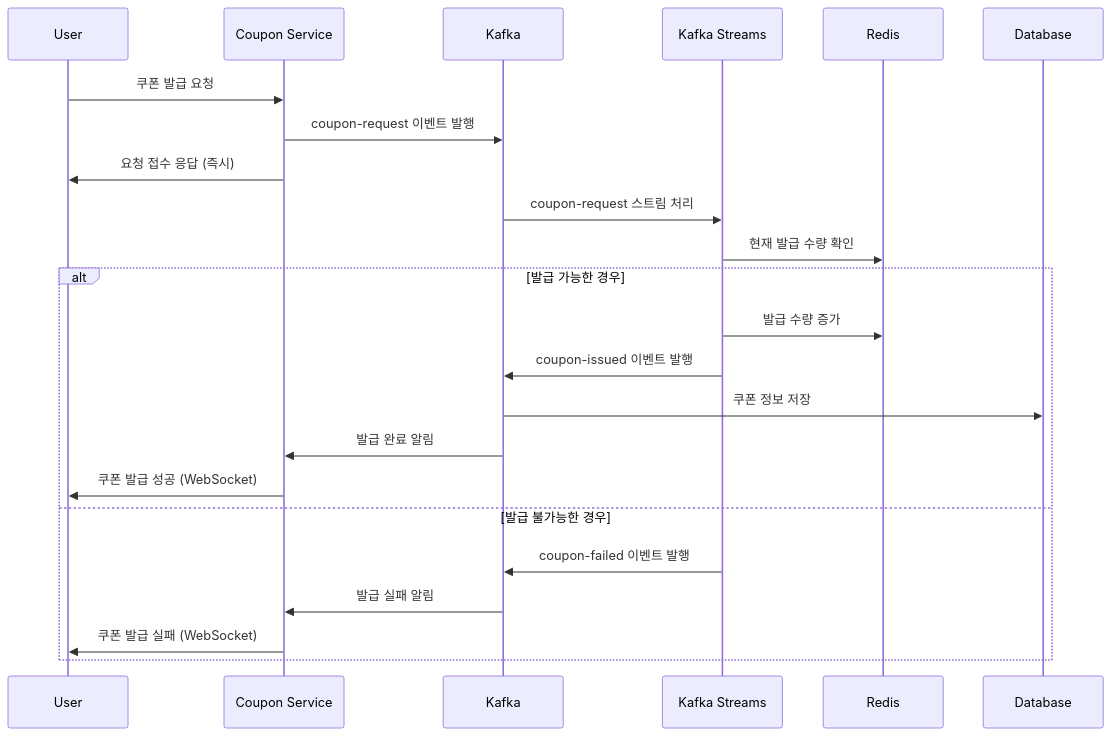
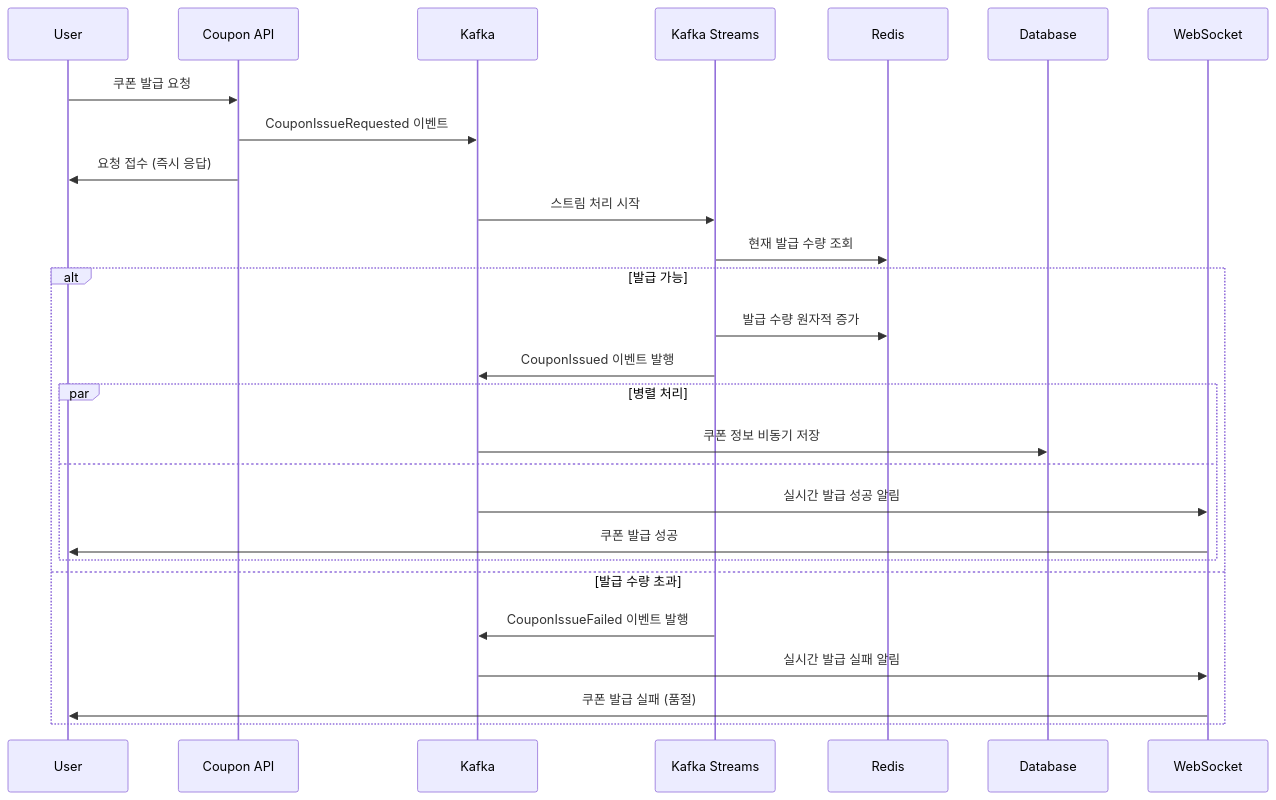
Before and after one commit to jih3508/hanghea_plus_backend_8th: the second of 2 diagrams in 9week/docs/report/카프카를 활용한 비즈니스 프로세스 개선 보고서.md, drawn with Mermaid. The commit also changed other lines of this file, not shown here.

````diff
--- a/9week/docs/report/카프카를 활용한 비즈니스 프로세스 개선 보고서.md
+++ b/9week/docs/report/카프카를 활용한 비즈니스 프로세스 개선 보고서.md
@@ -153,28 +228,34 @@
 ```mermaid
 sequenceDiagram
-    participant U as User
-    participant CS as Coupon Service
-    participant K as Kafka
-    participant KS as Kafka Streams
-    participant R as Redis
-    participant DB as Database
+    participant User
+    participant Coupon API
+    participant Kafka
+    participant Kafka Streams  
+    participant Redis
+    participant Database
+    participant WebSocket
 
-    U->>CS: 쿠폰 발급 요청
-    CS->>K: coupon-request 이벤트 발행
-    CS->>U: 요청 접수 응답 (즉시)
+    User->>Coupon API: 쿠폰 발급 요청
+    Coupon API->>Kafka: CouponIssueRequested 이벤트
+    Coupon API->>User: 요청 접수 (즉시 응답)
 
-    K->>KS: coupon-request 스트림 처리
-    KS->>R: 현재 발급 수량 확인
+    Kafka->>Kafka Streams: 스트림 처리 시작
     
-    alt 발급 가능한 경우
-        KS->>R: 발급 수량 증가
-        KS->>K: coupon-issued 이벤트 발행
-        K->>DB: 쿠폰 정보 저장
-        K->>CS: 발급 완료 알림
-        CS->>U: 쿠폰 발급 성공 (WebSocket)
-    else 발급 불가능한 경우
-        KS->>K: coupon-failed 이벤트 발행
-        K->>CS: 발급 실패 알림
-        CS->>U: 쿠폰 발급 실패 (WebSocket)
+    Kafka Streams->>Redis: 현재 발급 수량 조회
+    alt 발급 가능
+        Kafka Streams->>Redis: 발급 수량 원자적 증가
+        Kafka Streams->>Kafka: CouponIssued 이벤트 발행
+        
+        par 병렬 처리
+            Kafka->>Database: 쿠폰 정보 비동기 저장
+        and
+            Kafka->>WebSocket: 실시간 발급 성공 알림
+            WebSocket->>User: 쿠폰 발급 성공
+        end
+        
+    else 발급 수량 초과
+        Kafka Streams->>Kafka: CouponIssueFailed 이벤트 발행
+        Kafka->>WebSocket: 실시간 발급 실패 알림  
+        WebSocket->>User: 쿠폰 발급 실패 (품절)
     end
 ```
````
